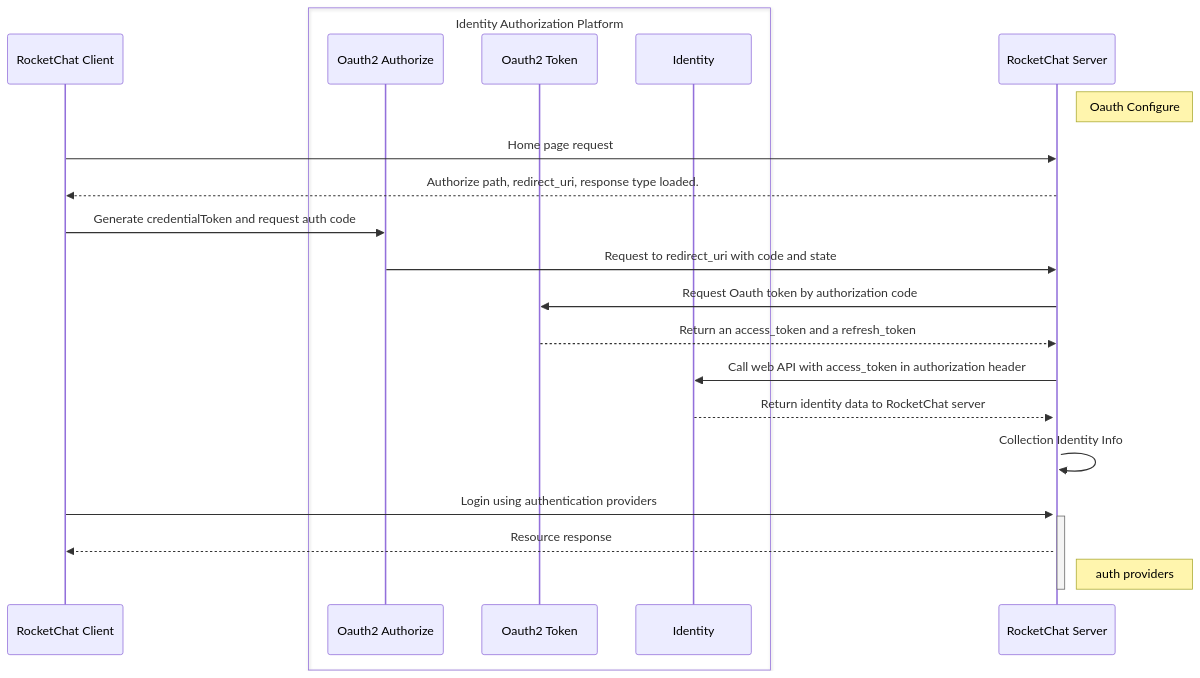
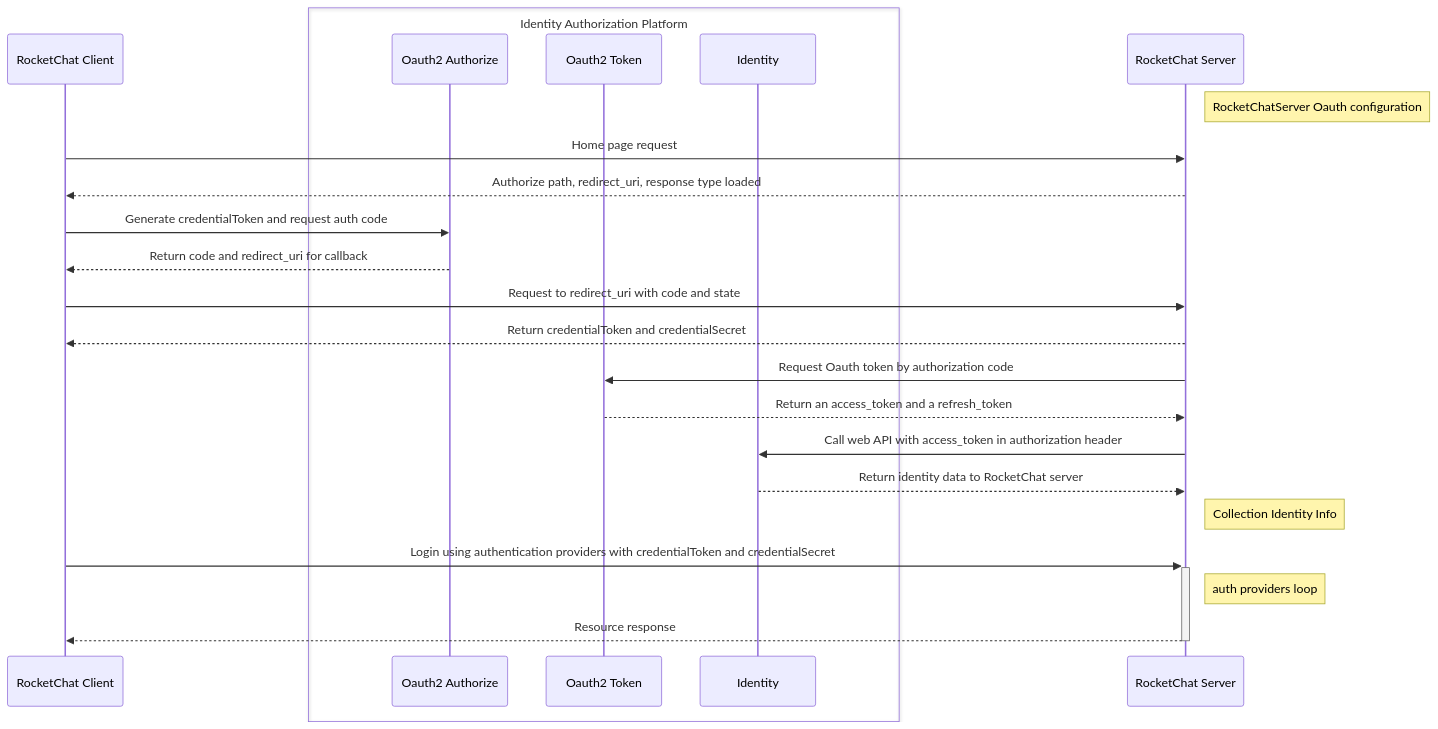
One commit to vulnsystem/vulnsystem.github.io changed the diagram in website/docs/rocketchat/rocketchat-oauth-process.mdx. Above: the diagram before and after it, drawn with Mermaid. The commit also changed other lines of this file, not shown here.

````diff
--- a/website/docs/rocketchat/rocketchat-oauth-process.mdx
+++ b/website/docs/rocketchat/rocketchat-oauth-process.mdx
@@ -15,26 +15,30 @@
 ```mermaid
 sequenceDiagram
   participant RocketChatClient as RocketChat Client
-  box transparent Identity Authorization Platform
   participant Oauth2Authorize as Oauth2 Authorize
   participant Oauth2Token as Oauth2 Token
   participant ResourceServer as Identity
-  end
   participant RocketChatServer as RocketChat Server
 
-  Note right of RocketChatServer: Oauth Configure
+  Note right of RocketChatServer: RocketChatServer Oauth configuration
   RocketChatClient ->> RocketChatServer: Home page request
-  RocketChatServer -->> RocketChatClient: Authorize path, redirect_uri, response type loaded.
+  RocketChatServer -->> RocketChatClient: Authorize path, redirect_uri, response type loaded
   RocketChatClient ->> Oauth2Authorize: Generate credentialToken and request auth code
-  Oauth2Authorize ->> RocketChatServer: Request to redirect_uri with code and state
+  Oauth2Authorize -->> RocketChatClient: Return code and redirect_uri for callback
+  RocketChatClient ->> RocketChatServer: Request to redirect_uri with code and state
+  RocketChatServer -->> RocketChatClient: Return credentialToken and credentialSecret
   RocketChatServer ->> Oauth2Token: Request Oauth token by authorization code
   Oauth2Token -->> RocketChatServer: Return an access_token and a refresh_token
   RocketChatServer ->> ResourceServer: Call web API with access_token in authorization header
-  ResourceServer -->>+ RocketChatServer: Return identity data to RocketChat server
-  RocketChatServer ->> RocketChatServer: Collection Identity Info
+  ResourceServer -->> RocketChatServer: Return identity data to RocketChat server
+  Note right of RocketChatServer: Collection Identity Info
+  RocketChatClient ->>+ RocketChatServer: Login using authentication providers with credentialToken and credentialSecret
+  Note right of RocketChatServer: auth providers loop
+  RocketChatServer -->>- RocketChatClient: Resource response
 
-  RocketChatClient ->>+ RocketChatServer: Login using authentication providers
-  RocketChatServer -->> RocketChatClient: Resource response
-  Note right of RocketChatServer: auth providers
-  deactivate RocketChatServer
+  box transparent Identity Authorization Platform
+  participant Oauth2Authorize
+  participant Oauth2Token
+  participant ResourceServer
+  end
 ```
````
